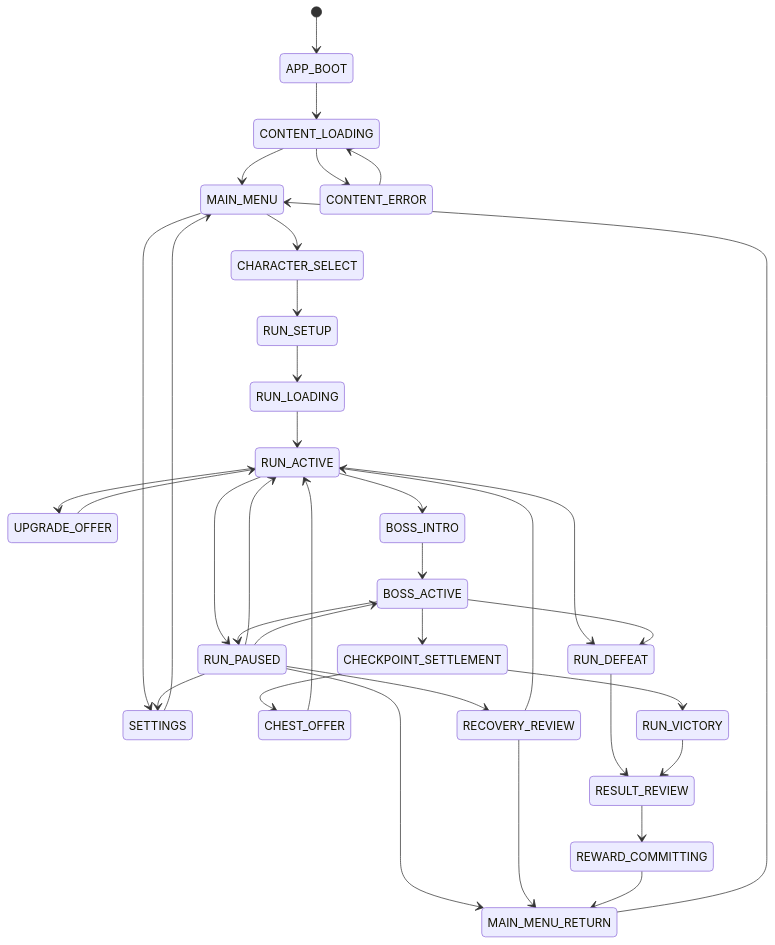
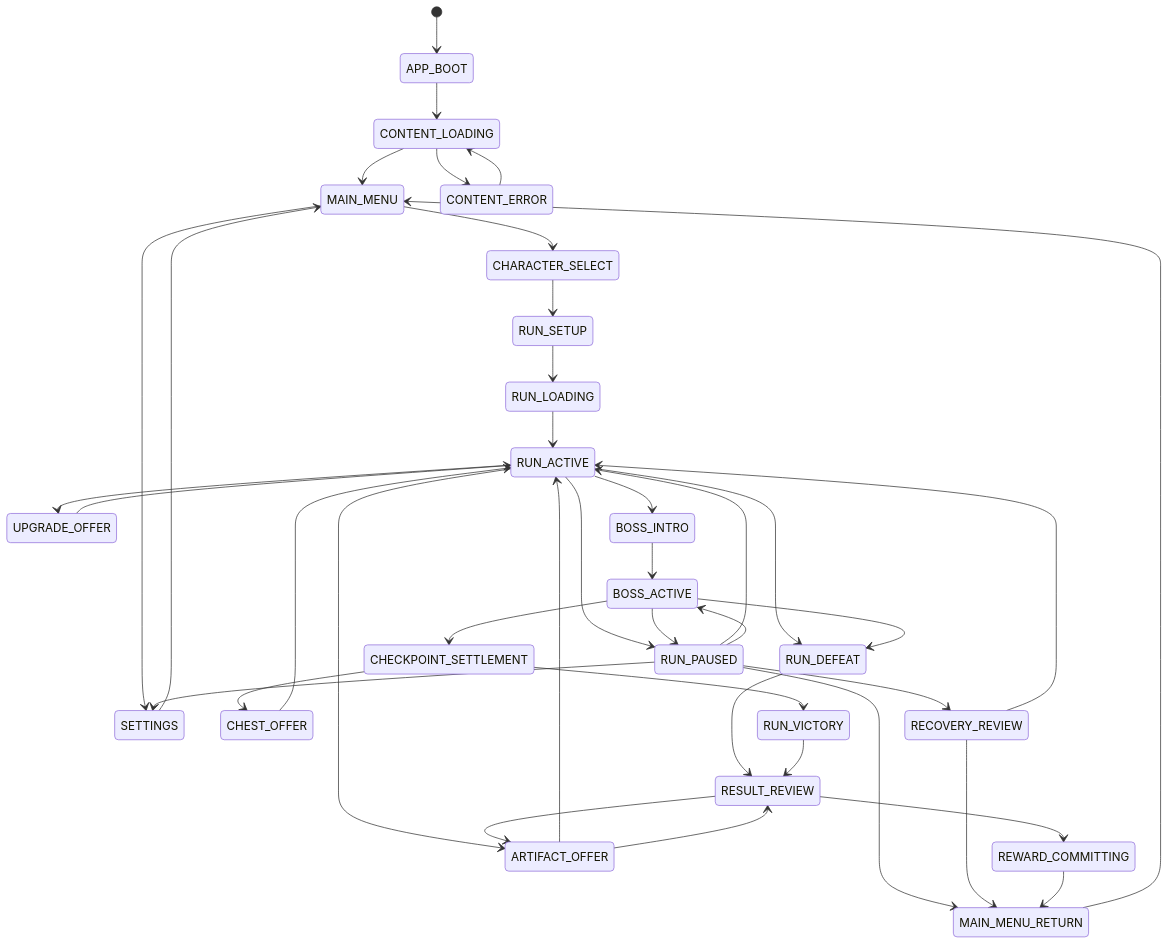
Before and after one commit to xxiamadelxx-blip/mac: the diagram in docs/architecture/first-run/FIRST_RUN_STATE_MACHINE.md, drawn with Mermaid. The commit also changed other lines of this file and 20 other files, not shown here.

Commit message:
docs: replace artifact slots with run artifact offers

```diff
--- a/docs/architecture/first-run/FIRST_RUN_STATE_MACHINE.md
+++ b/docs/architecture/first-run/FIRST_RUN_STATE_MACHINE.md
@@ -51,38 +53,42 @@
 ~~~mermaid
 stateDiagram-v2
     [*] --> APP_BOOT
     APP_BOOT --> CONTENT_LOADING
     CONTENT_LOADING --> MAIN_MENU
     CONTENT_LOADING --> CONTENT_ERROR
     CONTENT_ERROR --> CONTENT_LOADING
     MAIN_MENU --> SETTINGS
     SETTINGS --> MAIN_MENU
     MAIN_MENU --> CHARACTER_SELECT
     CHARACTER_SELECT --> RUN_SETUP
     RUN_SETUP --> RUN_LOADING
     RUN_LOADING --> RUN_ACTIVE
     RUN_ACTIVE --> UPGRADE_OFFER
     UPGRADE_OFFER --> RUN_ACTIVE
     RUN_ACTIVE --> BOSS_INTRO
     BOSS_INTRO --> BOSS_ACTIVE
     BOSS_ACTIVE --> CHECKPOINT_SETTLEMENT
     CHECKPOINT_SETTLEMENT --> CHEST_OFFER
     CHECKPOINT_SETTLEMENT --> RUN_VICTORY
+    RUN_ACTIVE --> ARTIFACT_OFFER
+    RESULT_REVIEW --> ARTIFACT_OFFER
+    ARTIFACT_OFFER --> RUN_ACTIVE
+    ARTIFACT_OFFER --> RESULT_REVIEW
     CHEST_OFFER --> RUN_ACTIVE
     RUN_ACTIVE --> RUN_PAUSED
     BOSS_ACTIVE --> RUN_PAUSED
     RUN_PAUSED --> RUN_ACTIVE
     RUN_PAUSED --> BOSS_ACTIVE
     RUN_PAUSED --> SETTINGS
     RUN_PAUSED --> MAIN_MENU_RETURN
     RUN_PAUSED --> RECOVERY_REVIEW
     RECOVERY_REVIEW --> RUN_ACTIVE
     RECOVERY_REVIEW --> MAIN_MENU_RETURN
     RUN_ACTIVE --> RUN_DEFEAT
     BOSS_ACTIVE --> RUN_DEFEAT
     RUN_DEFEAT --> RESULT_REVIEW
     RUN_VICTORY --> RESULT_REVIEW
     RESULT_REVIEW --> REWARD_COMMITTING
     REWARD_COMMITTING --> MAIN_MENU_RETURN
     MAIN_MENU_RETURN --> MAIN_MENU
 ~~~
```
